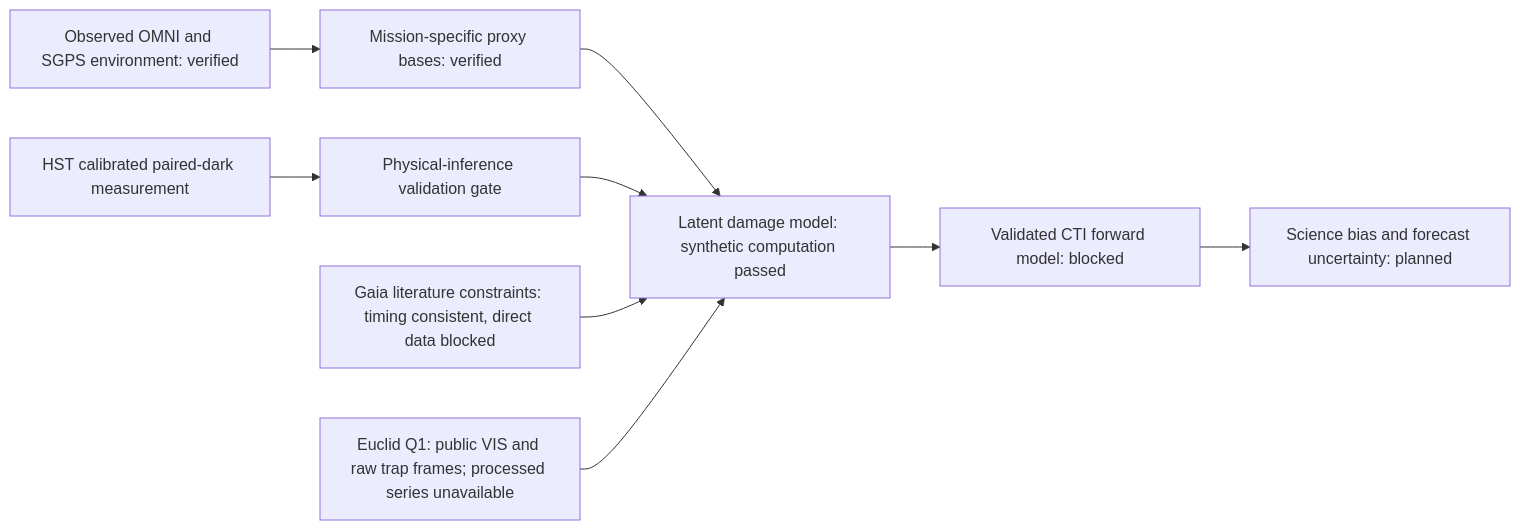
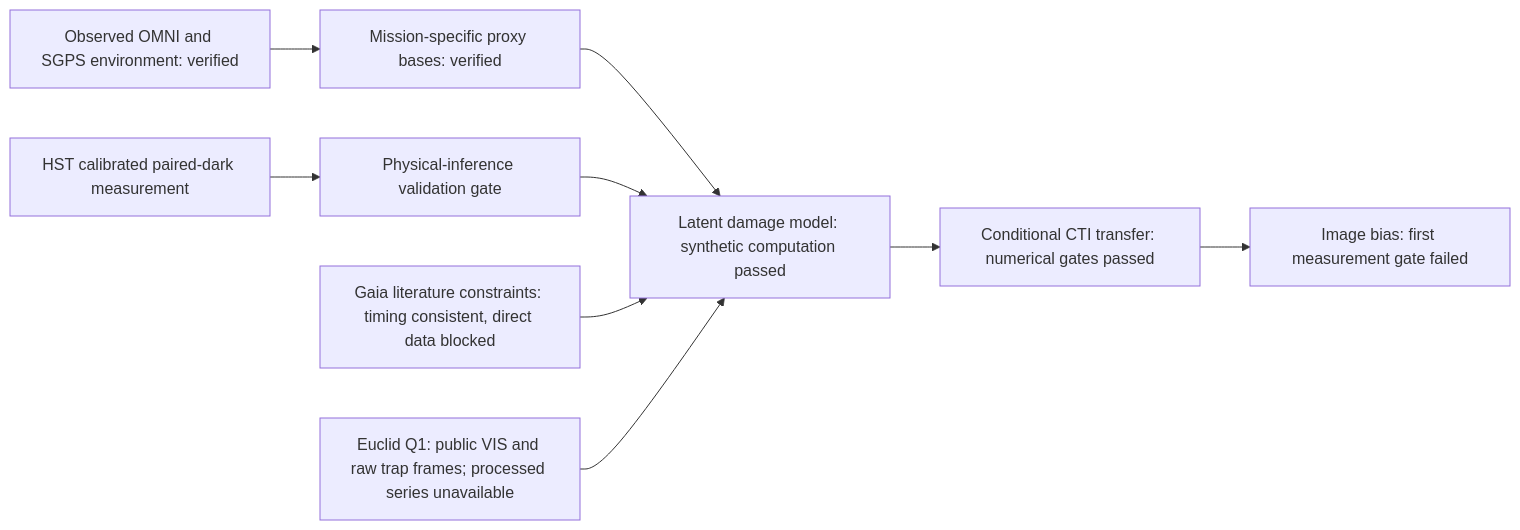
One commit to Biswajit1999/lattice-radiation-twin changed the diagram in README.md. Above: the diagram before and after it, drawn with Mermaid. The commit also changed other lines of this file and 11 other files, not shown here.

Commit message:
science: retain failed conditional bias gate

````diff
--- a/README.md
+++ b/README.md
@@ -17,11 +17,11 @@
 ```mermaid
 flowchart LR
   A[Observed OMNI and SGPS environment: verified] --> B[Mission-specific proxy bases: verified]
   B --> C[Latent damage model: synthetic computation passed]
   H[HST calibrated paired-dark measurement] --> V[Physical-inference validation gate]
   V --> C
   G[Gaia literature constraints: timing consistent, direct data blocked] --> C
   E[Euclid Q1: public VIS and raw trap frames; processed series unavailable] --> C
-  C --> D[Validated CTI forward model: blocked]
-  D --> S[Science bias and forecast uncertainty: planned]
+  C --> D[Conditional CTI transfer: numerical gates passed]
+  D --> S[Image bias: first measurement gate failed]
 ```
````
